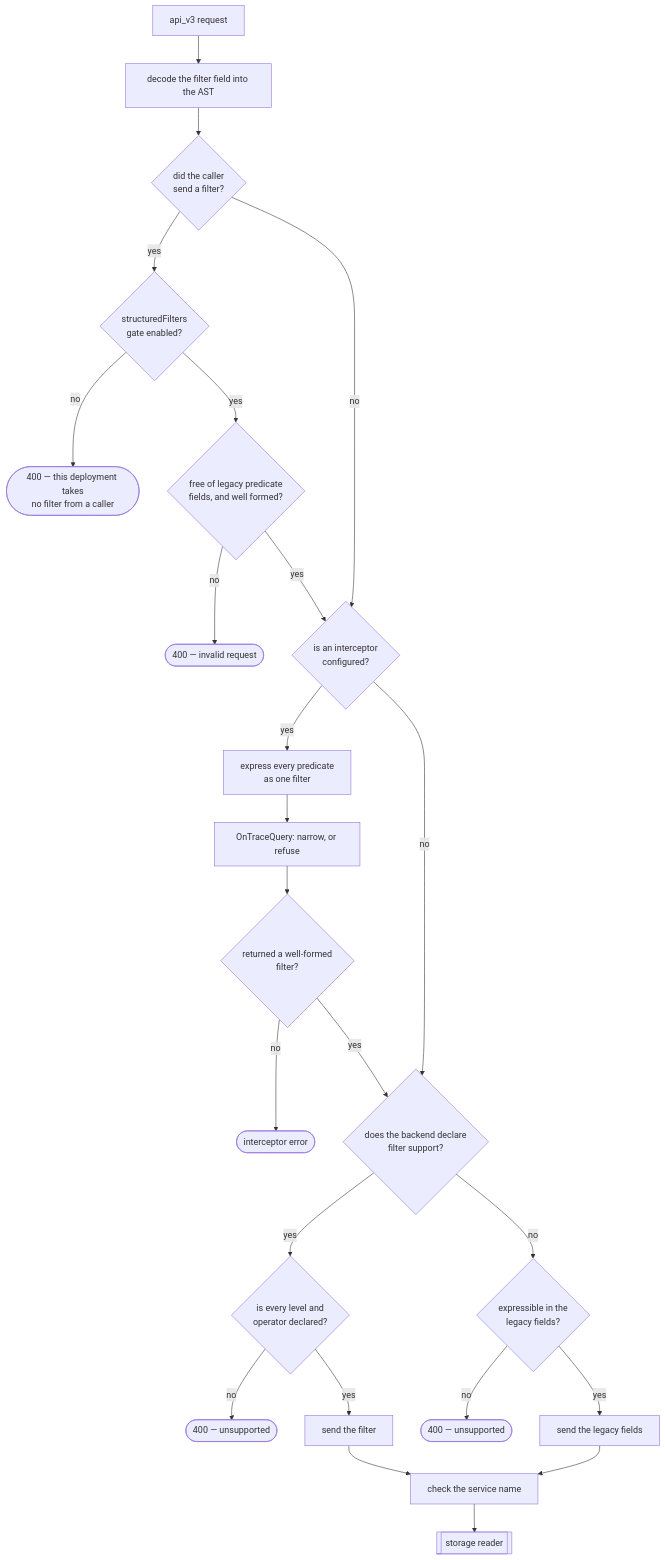
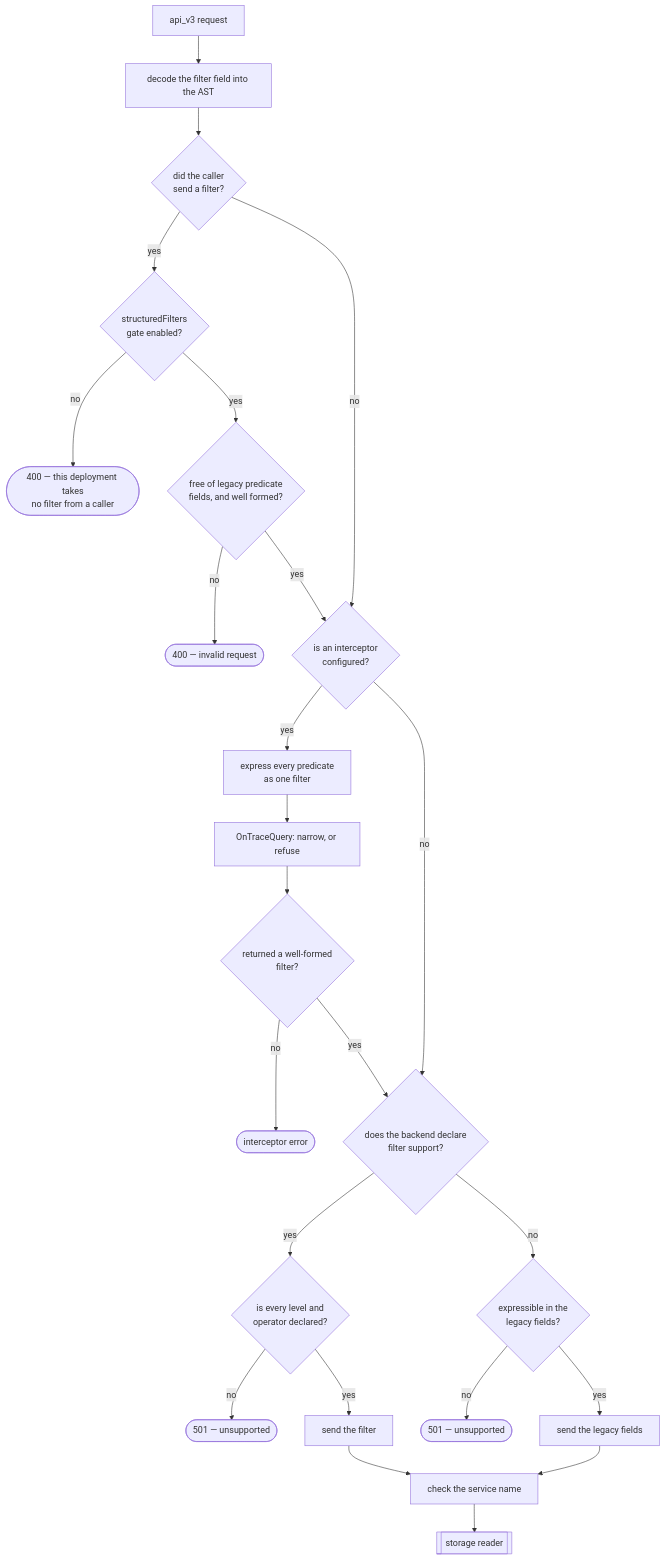
One commit to jaegertracing/jaeger changed the diagram in docs/rfc/0005-structured-query-filters.md. Above: the diagram before and after it, drawn with Mermaid. The commit also changed other lines of this file, not shown here.

````diff
--- a/docs/rfc/0005-structured-query-filters.md
+++ b/docs/rfc/0005-structured-query-filters.md
@@ -507,33 +560,33 @@
 ```mermaid
 flowchart TB
     req["api_v3 request"] --> decode["decode the filter field into the AST"]
     decode --> hasFilter{"did the caller<br/>send a filter?"}
 
     hasFilter -->|yes| gate{"structuredFilters<br/>gate enabled?"}
     gate -->|no| refuseGate(["400 — this deployment takes<br/>no filter from a caller"])
     gate -->|yes| checks{"free of legacy predicate<br/>fields, and well formed?"}
     checks -->|no| refuseBad(["400 — invalid request"])
 
     hasFilter -->|no| ic{"is an interceptor<br/>configured?"}
     checks -->|yes| ic
 
     ic -->|yes| toFilter["express every predicate<br/>as one filter"]
     toFilter --> onQuery["OnTraceQuery: narrow, or refuse"]
     onQuery --> icOK{"returned a well-formed<br/>filter?"}
     icOK -->|no| refuseIc(["interceptor error"])
 
     ic -->|no| declares{"does the backend declare<br/>filter support?"}
     icOK -->|yes| declares
 
     declares -->|yes| supported{"is every level and<br/>operator declared?"}
-    supported -->|no| refuseCap(["400 — unsupported"])
+    supported -->|no| refuseCap(["501 — unsupported"])
     supported -->|yes| sendFilter["send the filter"]
 
     declares -->|no| lower{"expressible in the<br/>legacy fields?"}
-    lower -->|no| refuseLower(["400 — unsupported"])
+    lower -->|no| refuseLower(["501 — unsupported"])
     lower -->|yes| sendLegacy["send the legacy fields"]
 
     sendFilter --> svcName["check the service name"]
     sendLegacy --> svcName
     svcName --> storage[["storage reader"]]
 ```
````
